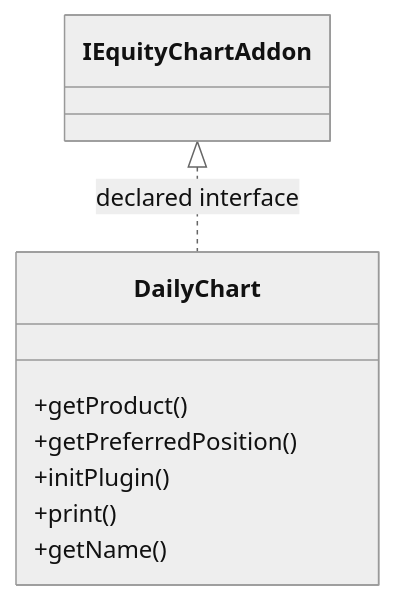
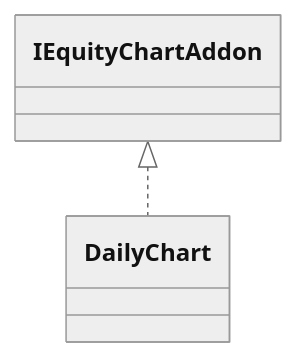
One commit to haruperi/HaruQuantAI changed the diagram in docs/sqx/Results/EquityChartDailyChart.md. Above: the diagram before and after it, drawn with Mermaid (neutral theme). The commit also changed other lines of this file and 1688 other files, not shown here.

````diff
--- a/docs/sqx/Results/EquityChartDailyChart.md
+++ b/docs/sqx/Results/EquityChartDailyChart.md
@@ -30,12 +26,6 @@
 ```mermaid
 classDiagram
-    class C47a7eb3f76b5["DailyChart"] {
-        +getProduct()
-        +getPreferredPosition()
-        +initPlugin()
-        +print()
-        +getName()
-    }
-    class C192f9089a204["IEquityChartAddon"]
-    C192f9089a204 <|.. C47a7eb3f76b5 : declared interface
+    class C0["DailyChart"]
+    class E0["IEquityChartAddon"]
+    E0 <|.. C0
 ```
````
